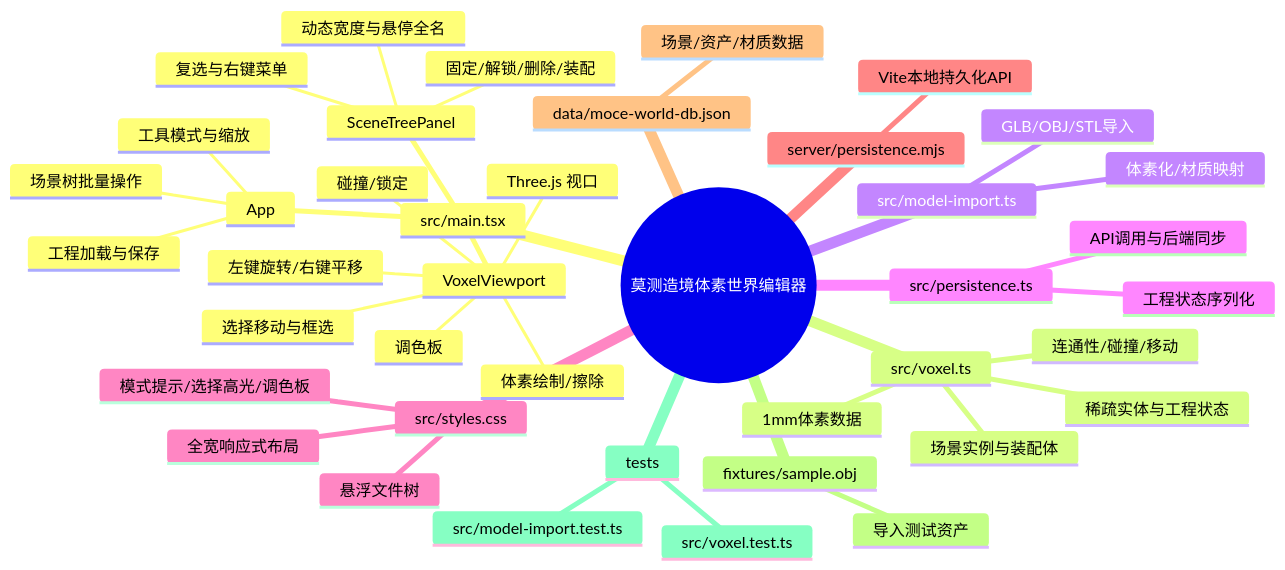
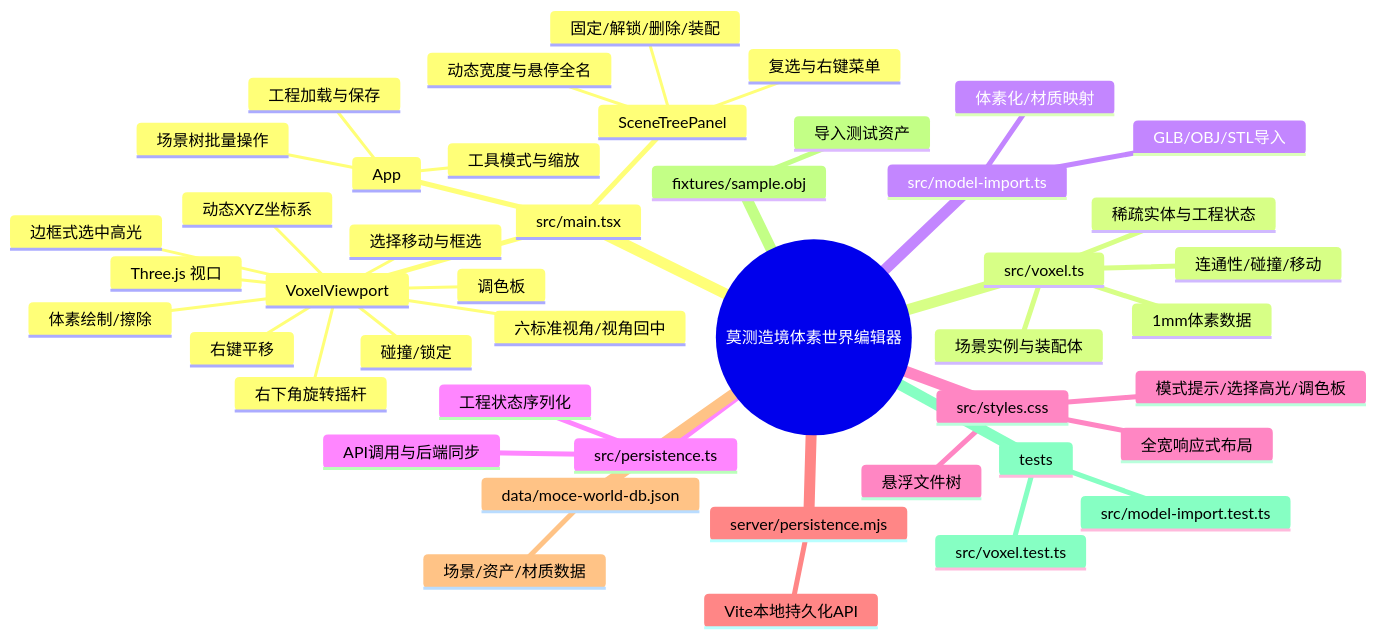
The diagram in 项目结构.md (luke711-xyy/moce-worldmaker), drawn with Mermaid before and after one commit. The commit also changed 3 other files, not shown here.

````diff
--- a/项目结构.md
+++ b/项目结构.md
@@ -5,44 +5,48 @@
 ```mermaid
 mindmap
   root((莫测造境体素世界编辑器))
     src/main.tsx
       App
         工程加载与保存
         工具模式与缩放
         场景树批量操作
       SceneTreePanel
         动态宽度与悬停全名
         复选与右键菜单
         固定/解锁/删除/装配
       VoxelViewport
         Three.js 视口
-        左键旋转/右键平移
+        右键平移
+        右下角旋转摇杆
+        六标准视角/视角回中
+        动态XYZ坐标系
         选择移动与框选
         碰撞/锁定
         体素绘制/擦除
+        边框式选中高光
         调色板
     src/voxel.ts
       1mm体素数据
       稀疏实体与工程状态
       场景实例与装配体
       连通性/碰撞/移动
     src/model-import.ts
       GLB/OBJ/STL导入
       体素化/材质映射
     src/persistence.ts
       工程状态序列化
       API调用与后端同步
     src/styles.css
       全宽响应式布局
       悬浮文件树
       模式提示/选择高光/调色板
     server/persistence.mjs
       Vite本地持久化API
     data/moce-world-db.json
       场景/资产/材质数据
     fixtures/sample.obj
       导入测试资产
     tests
       src/voxel.test.ts
       src/model-import.test.ts
 ```
````
